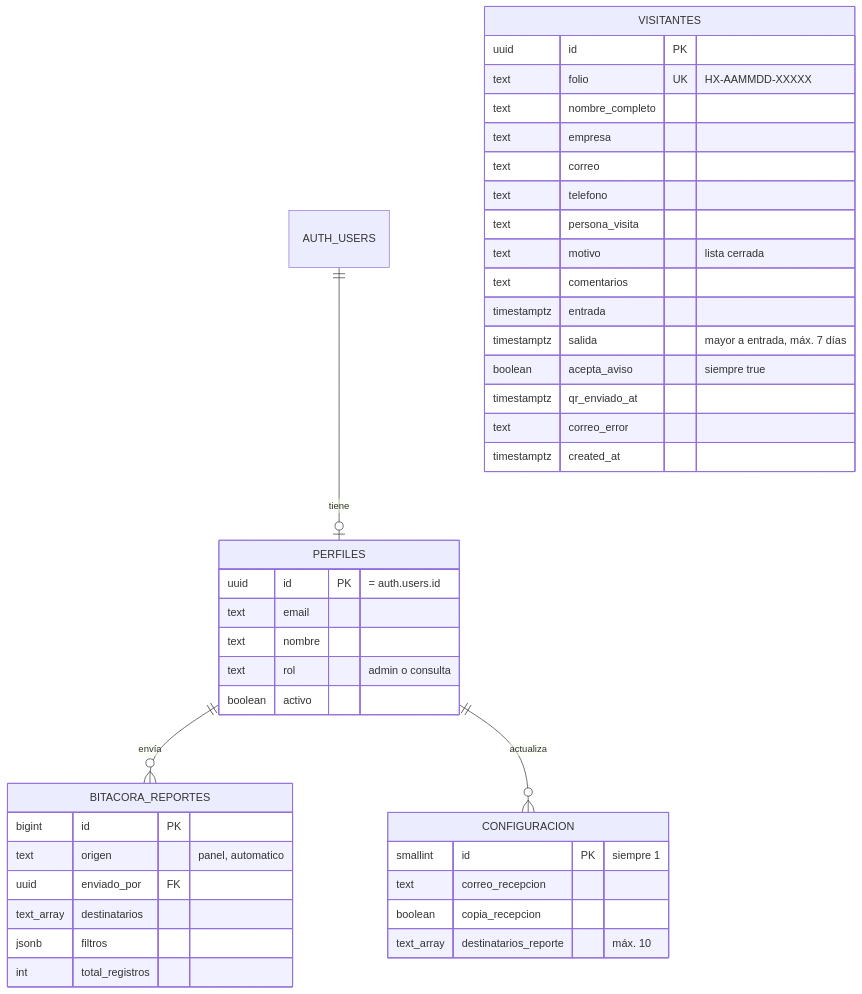
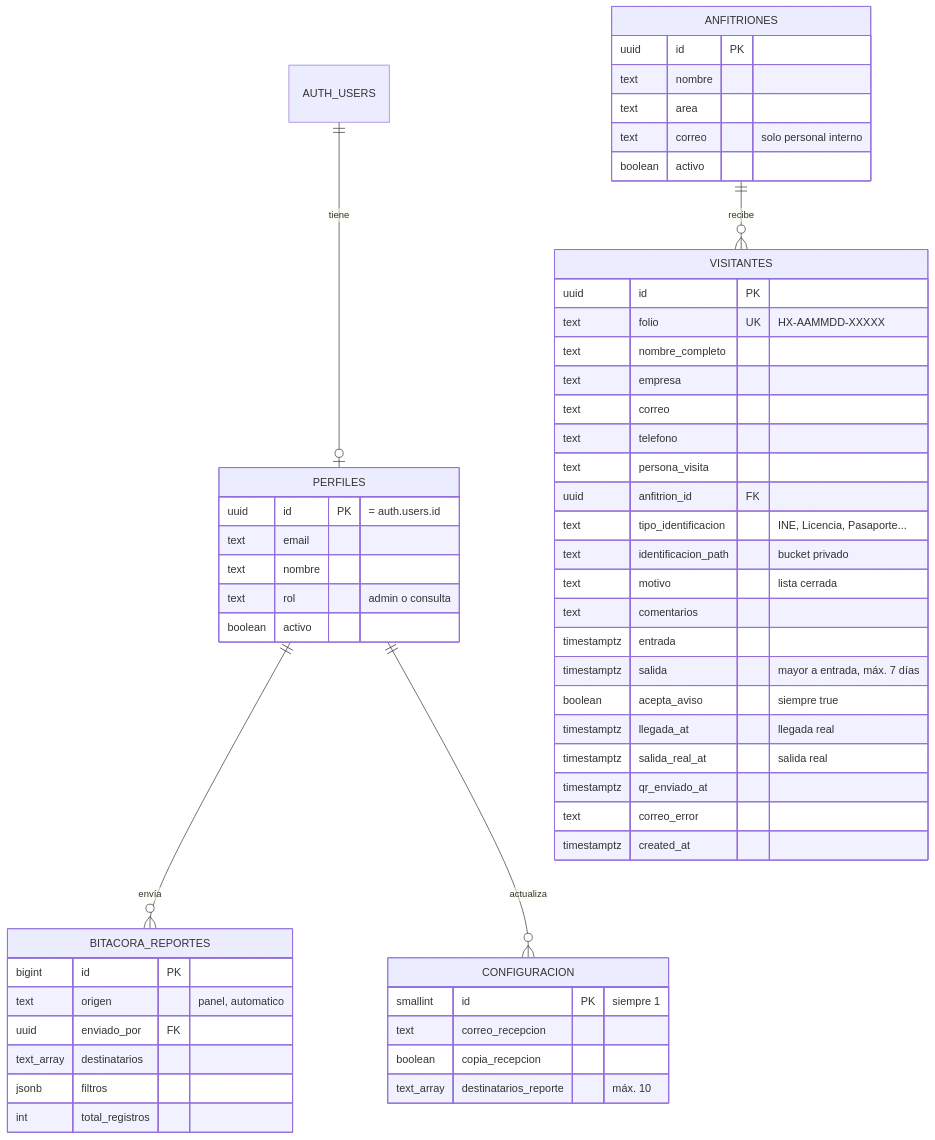
One commit to mcrayor-debug/hixsa-registro-visitantes changed the first of 3 diagrams in docs/ENTREGABLES.md. Above: the diagram before and after it, drawn with Mermaid. The commit also changed other lines of this file and 13 other files, not shown here.

````diff
--- a/docs/ENTREGABLES.md
+++ b/docs/ENTREGABLES.md
@@ -191,44 +199,57 @@
 ```mermaid
 erDiagram
     AUTH_USERS ||--o| PERFILES : "tiene"
+    ANFITRIONES ||--o{ VISITANTES : "recibe"
     PERFILES ||--o{ BITACORA_REPORTES : "envía"
     PERFILES ||--o{ CONFIGURACION : "actualiza"
     VISITANTES {
         uuid id PK
         text folio UK "HX-AAMMDD-XXXXX"
         text nombre_completo
         text empresa
         text correo
         text telefono
         text persona_visita
+        uuid anfitrion_id FK
+        text tipo_identificacion "INE, Licencia, Pasaporte..."
+        text identificacion_path "bucket privado"
         text motivo "lista cerrada"
         text comentarios
         timestamptz entrada
         timestamptz salida "mayor a entrada, máx. 7 días"
         boolean acepta_aviso "siempre true"
+        timestamptz llegada_at "llegada real"
+        timestamptz salida_real_at "salida real"
         timestamptz qr_enviado_at
         text correo_error
         timestamptz created_at
+    }
+    ANFITRIONES {
+        uuid id PK
+        text nombre
+        text area
+        text correo "solo personal interno"
+        boolean activo
     }
     PERFILES {
         uuid id PK "= auth.users.id"
         text email
         text nombre
         text rol "admin o consulta"
         boolean activo
     }
     CONFIGURACION {
         smallint id PK "siempre 1"
         text correo_recepcion
         boolean copia_recepcion
         text_array destinatarios_reporte "máx. 10"
     }
     BITACORA_REPORTES {
         bigint id PK
         text origen "panel, automatico"
         uuid enviado_por FK
         text_array destinatarios
         jsonb filtros
         int total_registros
     }
 ```
````
